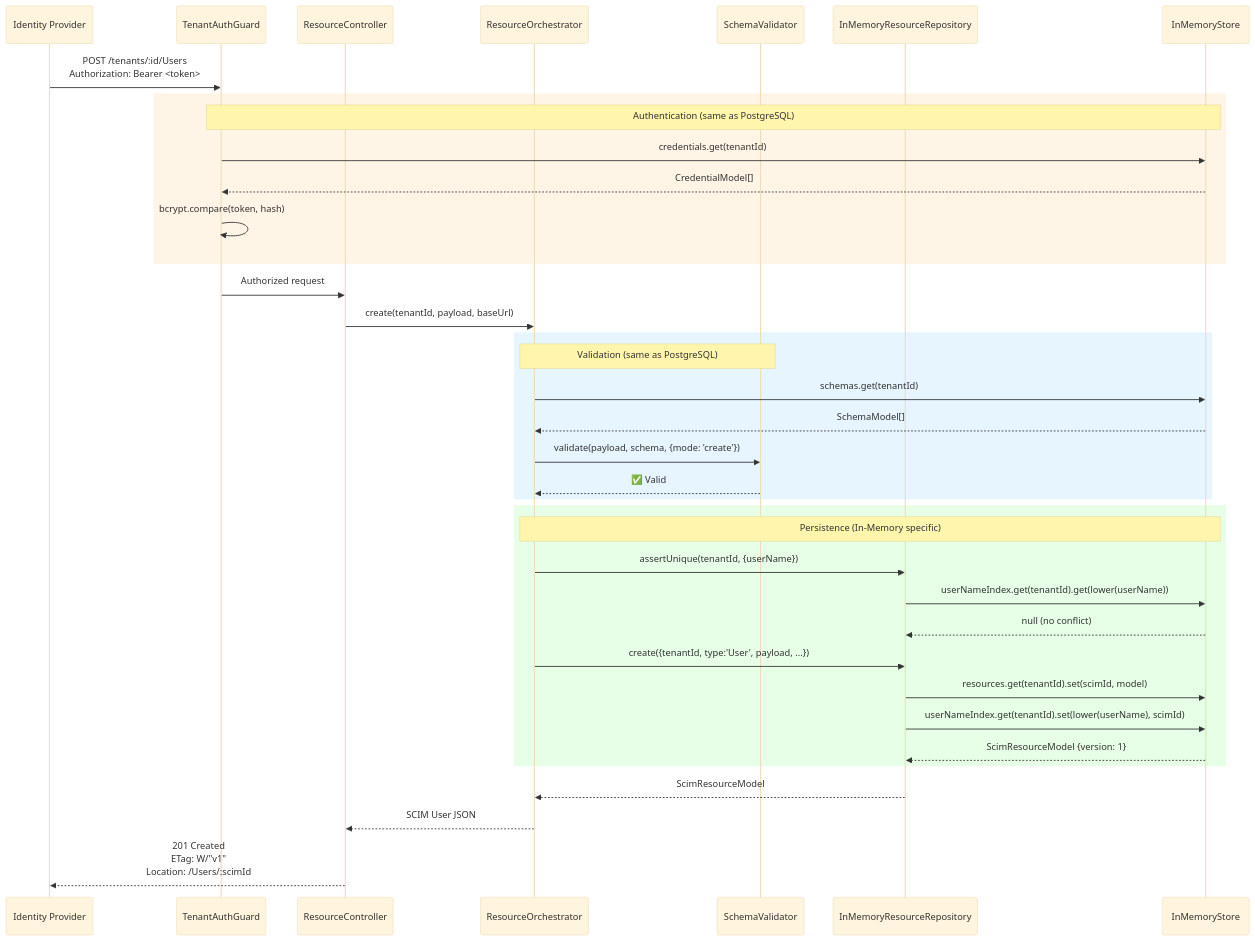
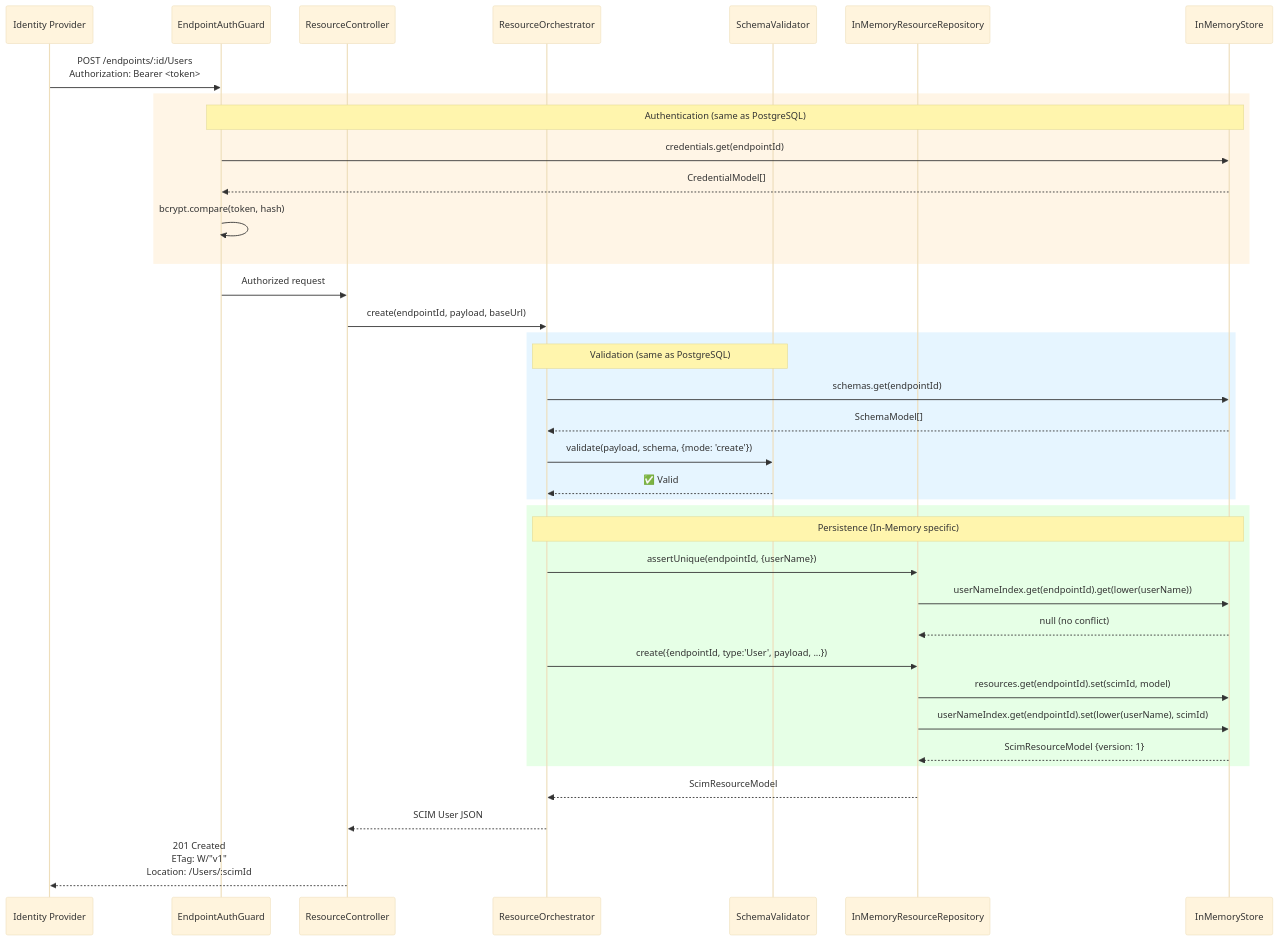
Before and after one commit to pranems/SCIMServer: the tenth of 11 diagrams in docs/INMEMORY_ARCHITECTURE_AND_PLAN_v1_2026-02-20.md, drawn with Mermaid (base theme). The commit also changed other lines of this file and 288 other files, not shown here.

````diff
--- a/docs/INMEMORY_ARCHITECTURE_AND_PLAN_v1_2026-02-20.md
+++ b/docs/INMEMORY_ARCHITECTURE_AND_PLAN_v1_2026-02-20.md
@@ -1370,46 +1370,46 @@
 ```mermaid
 sequenceDiagram
     participant IDP as Identity Provider
-    participant AUTH as TenantAuthGuard
+    participant AUTH as EndpointAuthGuard
     participant CTRL as ResourceController
     participant ORCH as ResourceOrchestrator
     participant VALID as SchemaValidator
     participant REPO as InMemoryResourceRepository
     participant STORE as InMemoryStore
 
-    IDP->>AUTH: POST /tenants/:id/Users<br/>Authorization: Bearer <token>
+    IDP->>AUTH: POST /endpoints/:id/Users<br/>Authorization: Bearer <token>
 
     rect rgb(255, 245, 230)
         Note over AUTH,STORE: Authentication (same as PostgreSQL)
-        AUTH->>STORE: credentials.get(tenantId)
+        AUTH->>STORE: credentials.get(endpointId)
         STORE-->>AUTH: CredentialModel[]
         AUTH->>AUTH: bcrypt.compare(token, hash)
     end
 
     AUTH->>CTRL: Authorized request
-    CTRL->>ORCH: create(tenantId, payload, baseUrl)
+    CTRL->>ORCH: create(endpointId, payload, baseUrl)
 
     rect rgb(230, 245, 255)
         Note over ORCH,VALID: Validation (same as PostgreSQL)
-        ORCH->>STORE: schemas.get(tenantId)
+        ORCH->>STORE: schemas.get(endpointId)
         STORE-->>ORCH: SchemaModel[]
         ORCH->>VALID: validate(payload, schema, {mode: 'create'})
         VALID-->>ORCH: ✅ Valid
     end
 
     rect rgb(230, 255, 230)
         Note over ORCH,STORE: Persistence (In-Memory specific)
-        ORCH->>REPO: assertUnique(tenantId, {userName})
-        REPO->>STORE: userNameIndex.get(tenantId).get(lower(userName))
+        ORCH->>REPO: assertUnique(endpointId, {userName})
+        REPO->>STORE: userNameIndex.get(endpointId).get(lower(userName))
         STORE-->>REPO: null (no conflict)
 
-        ORCH->>REPO: create({tenantId, type:'User', payload, ...})
-        REPO->>STORE: resources.get(tenantId).set(scimId, model)
-        REPO->>STORE: userNameIndex.get(tenantId).set(lower(userName), scimId)
+        ORCH->>REPO: create({endpointId, type:'User', payload, ...})
+        REPO->>STORE: resources.get(endpointId).set(scimId, model)
+        REPO->>STORE: userNameIndex.get(endpointId).set(lower(userName), scimId)
         STORE-->>REPO: ScimResourceModel {version: 1}
     end
 
     REPO-->>ORCH: ScimResourceModel
     ORCH-->>CTRL: SCIM User JSON
     CTRL-->>IDP: 201 Created<br/>ETag: W/"v1"<br/>Location: /Users/:scimId
 ```
````
